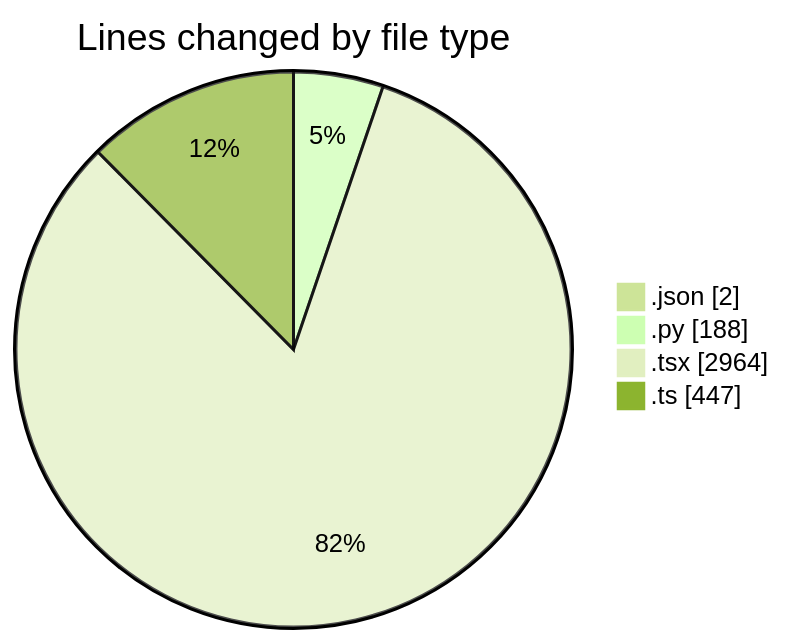
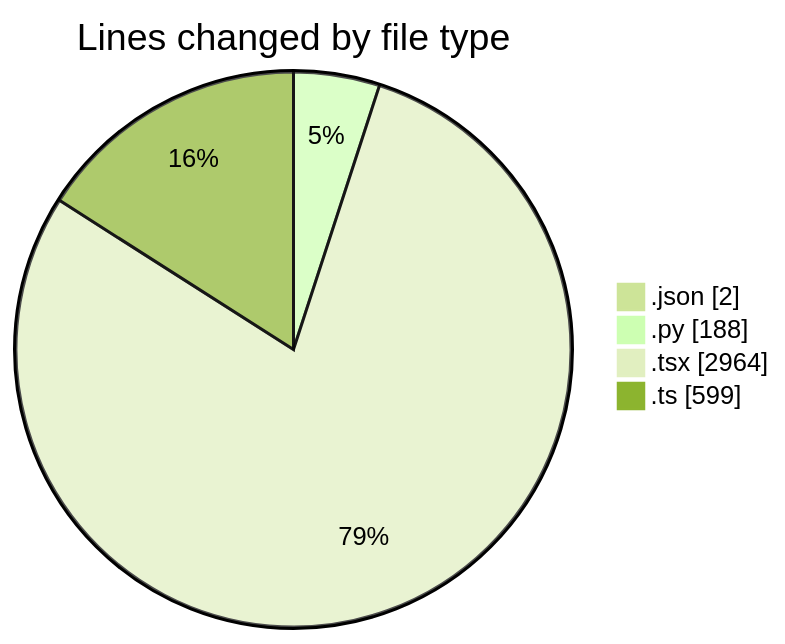
Before and after one commit to julien-gomy/code-tracking: the first of 2 diagrams in 2025-10-06/eventscop-frontend-guide__workspace_/README.md, drawn with Mermaid (forest theme). The commit also changed other lines of this file and 1 other file, not shown here.

````diff
--- a/2025-10-06/eventscop-frontend-guide__workspace_/README.md
+++ b/2025-10-06/eventscop-frontend-guide__workspace_/README.md
@@ -41,8 +42,8 @@
 ```mermaid
 pie showData
 title Lines changed by file type
 ".json" : 2
 ".py" : 188
 ".tsx" : 2964
-".ts" : 447
+".ts" : 599
 ```
````
